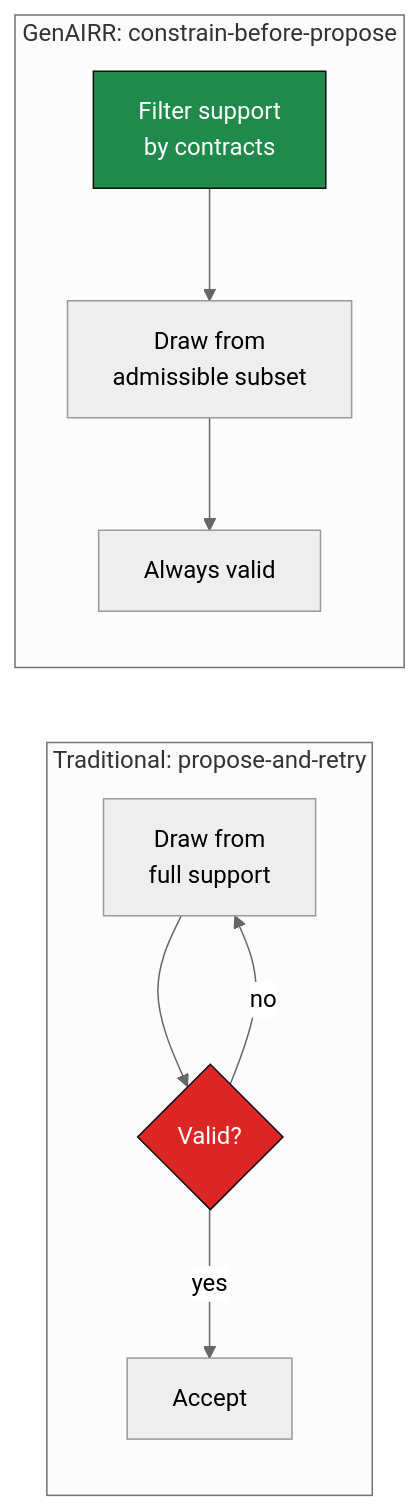
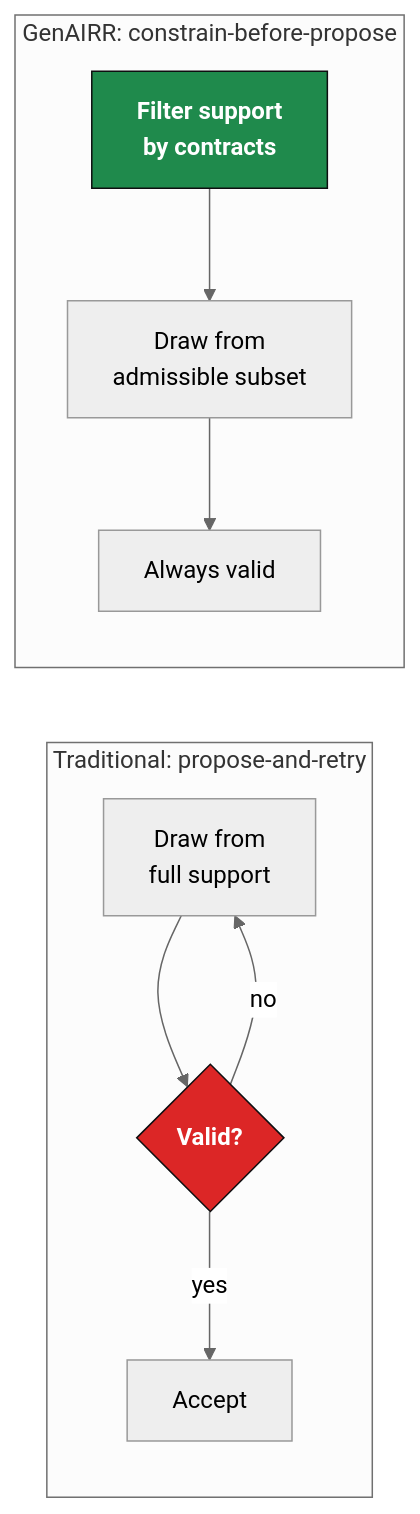
One commit to MuteJester/GenAIRR changed the third of 9 diagrams in site_docs/architecture/index.md. Above: the diagram before and after it, drawn with Mermaid (neutral theme). The commit also changed other lines of this file and 1 other file, not shown here.

First line of the commit message:
mermaid: fix unreadable dark text on dark fills

````diff
--- a/site_docs/architecture/index.md
+++ b/site_docs/architecture/index.md
@@ -138,15 +141,20 @@
 ```mermaid
 flowchart LR
   subgraph Trad ["Traditional: propose-and-retry"]
     T1["Draw from<br/>full support"] --> T2{Valid?}
     T2 -->|no| T1
     T2 -->|yes| T3[Accept]
   end
 
   subgraph Genairr ["GenAIRR: constrain-before-propose"]
     G1["Filter support<br/>by contracts"] --> G2["Draw from<br/>admissible subset"] --> G3["Always valid"]
   end
 
-  style T2 fill:#dc2626,stroke:#0e0e10,color:#fff
-  style G1 fill:#1f8a4c,stroke:#0e0e10,color:#fff
+  classDef accent fill:#1f8a4c,stroke:#0e0e10,color:#ffffff,font-weight:600;
+  classDef info fill:#1d4ed8,stroke:#0e0e10,color:#ffffff,font-weight:600;
+  classDef trace fill:#6e3a8e,stroke:#0e0e10,color:#ffffff,font-weight:600;
+  classDef warn fill:#dc2626,stroke:#0e0e10,color:#ffffff,font-weight:600;
+  classDef neutral fill:#fafaf7,stroke:#0e0e10,color:#0e0e10;
+  class T2 warn;
+  class G1 accent;
 ```
````
